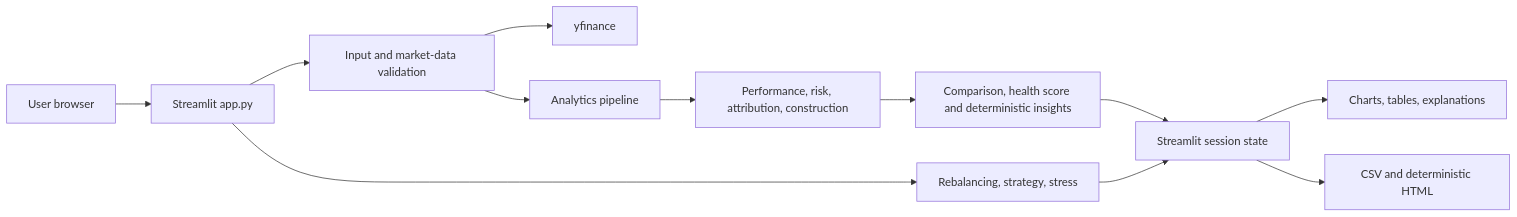
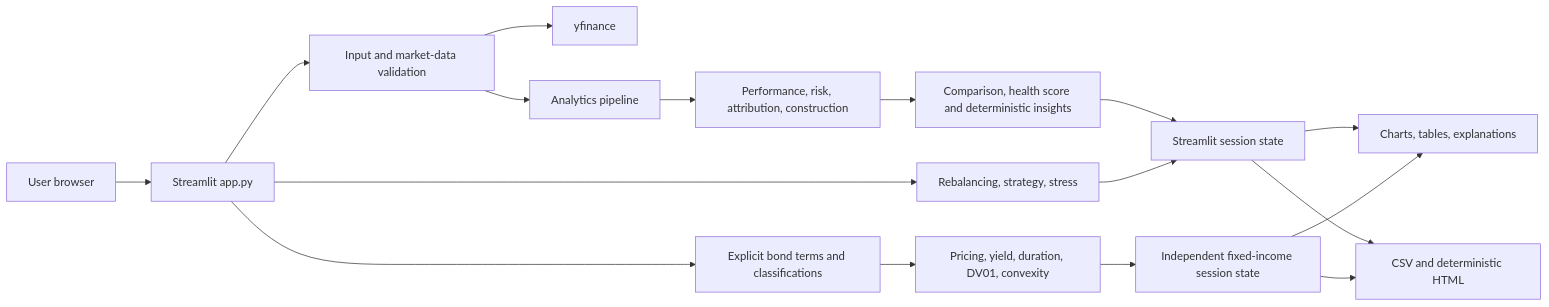
One commit to Jams411/portfolio-research-dashboard changed the first of 5 diagrams in docs/ARCHITECTURE.md. Above: the diagram before and after it, drawn with Mermaid. The commit also changed other lines of this file and 10 other files, not shown here.

````diff
--- a/docs/ARCHITECTURE.md
+++ b/docs/ARCHITECTURE.md
@@ -24,14 +24,19 @@
 ```mermaid
 flowchart LR
     User["User browser"] --> App["Streamlit app.py"]
     App --> Validation["Input and market-data validation"]
     Validation --> YF["yfinance"]
     Validation --> Pipeline["Analytics pipeline"]
     Pipeline --> Analytics["Performance, risk, attribution, construction"]
     Analytics --> Research["Comparison, health score and deterministic insights"]
     App --> Decisions["Rebalancing, strategy, stress"]
+    App --> Bonds["Explicit bond terms and classifications"]
+    Bonds --> BondAnalytics["Pricing, yield, duration, DV01, convexity"]
+    BondAnalytics --> BondState["Independent fixed-income session state"]
     Research --> State["Streamlit session state"]
     Decisions --> State
     State --> Views["Charts, tables, explanations"]
     State --> Exports["CSV and deterministic HTML"]
+    BondState --> Views
+    BondState --> Exports
 ```
````
